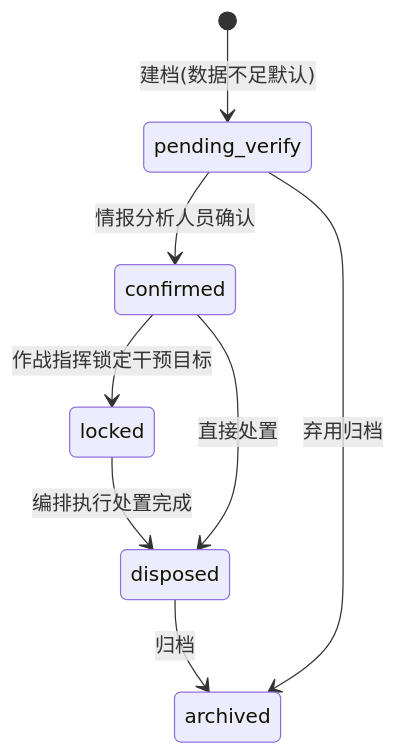
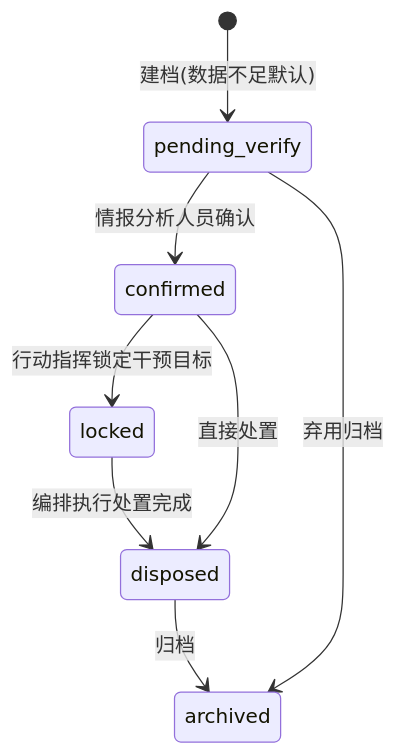
Before and after one commit to Sj-g/obsidian: the fourth of 15 diagrams in 公司项目/认知作战/文档/软件详细设计说明-OCC子系统.md, drawn with Mermaid. The commit also changed other lines of this file and 10 other files, not shown here.

````diff
--- a/公司项目/认知作战/文档/软件详细设计说明-OCC子系统.md
+++ b/公司项目/认知作战/文档/软件详细设计说明-OCC子系统.md
@@ -514,10 +514,10 @@
 ```mermaid
 stateDiagram-v2
     [*] --> pending_verify : 建档(数据不足默认)
     pending_verify --> confirmed : 情报分析人员确认
-    confirmed --> locked : 作战指挥锁定干预目标
+    confirmed --> locked : 行动指挥锁定干预目标
     locked --> disposed : 编排执行处置完成
     confirmed --> disposed : 直接处置
     disposed --> archived : 归档
     pending_verify --> archived : 弃用归档
 ```
````
